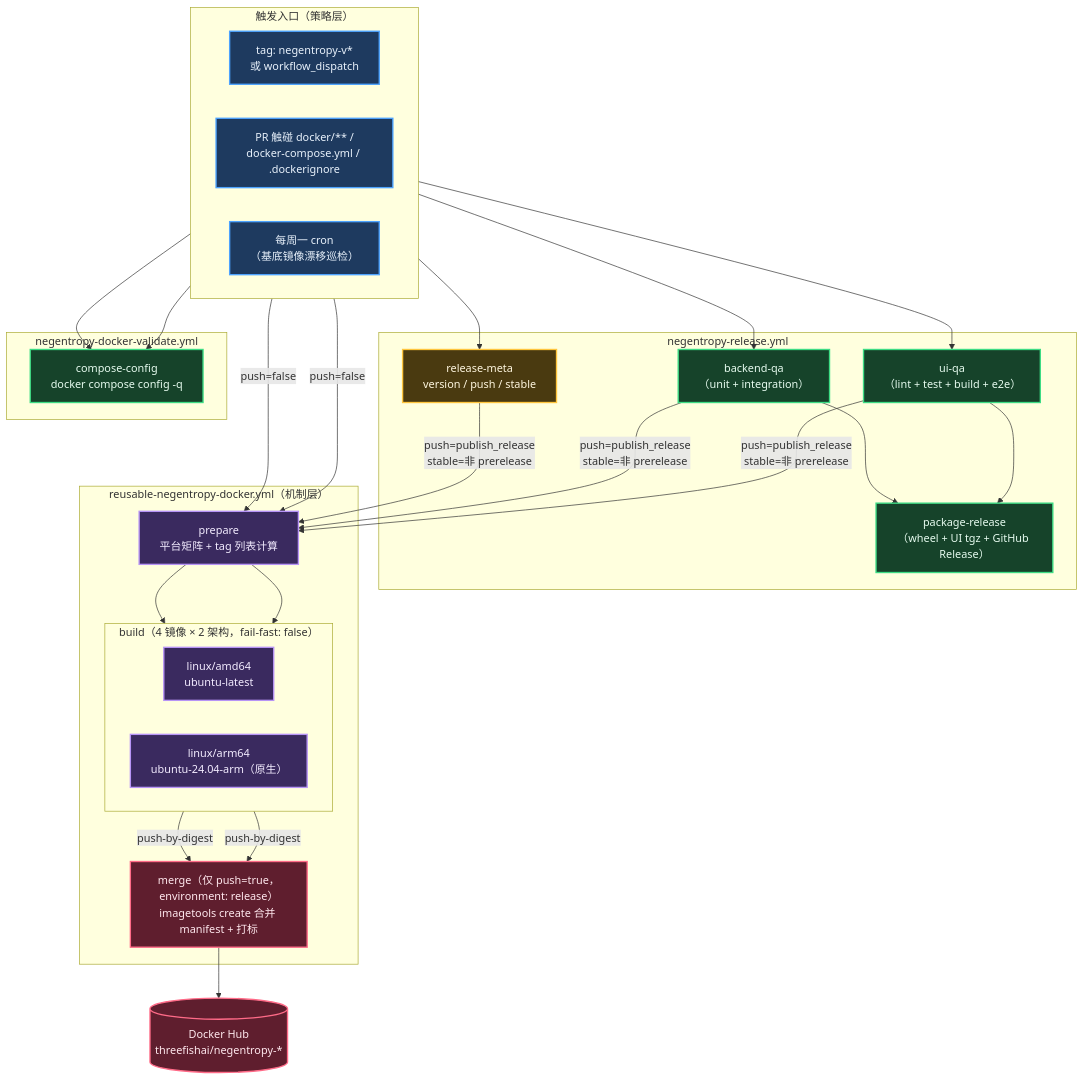
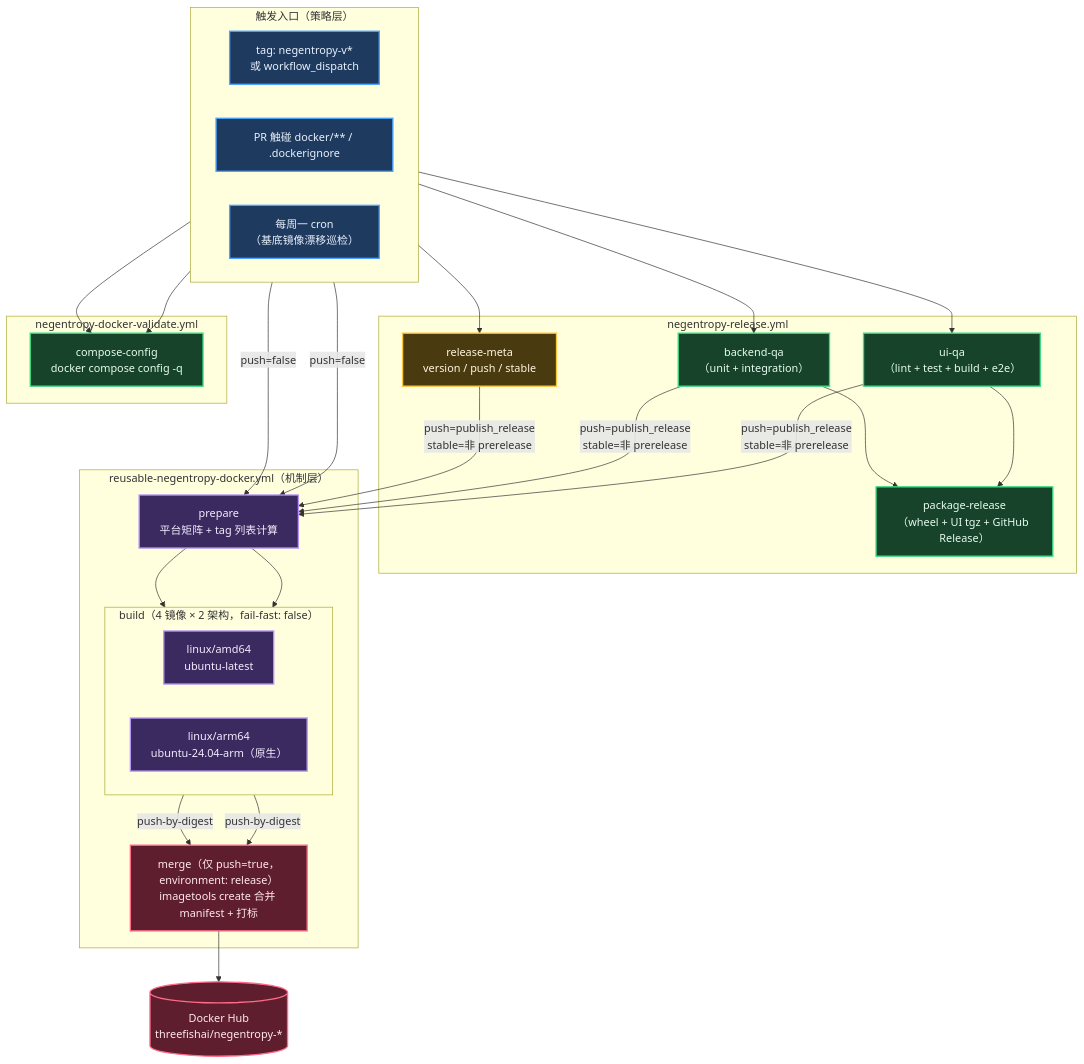
The diagram in docs/concepts/design/docker-release-pipeline.md (ThreeFish-AI/negentropy), drawn with Mermaid before and after one commit. The commit also changed other lines of this file and 14 other files, not shown here.

First line of the commit message:
refactor(repo-layout): dev 脚本与 compose 编排归位 scripts/ 与 docker/ 目录;

````diff
--- a/docs/concepts/design/docker-release-pipeline.md
+++ b/docs/concepts/design/docker-release-pipeline.md
@@ -11,47 +11,47 @@
 ```mermaid
 flowchart TB
     subgraph Triggers["触发入口（策略层）"]
         direction LR
         TAG["tag: negentropy-v*<br/>或 workflow_dispatch"]:::trigger
-        PR["PR 触碰 docker/** /<br/>docker-compose.yml / .dockerignore"]:::trigger
+        PR["PR 触碰 docker/** / .dockerignore"]:::trigger
         CRON["每周一 cron<br/>（基底镜像漂移巡检）"]:::trigger
     end
 
     subgraph Release["negentropy-release.yml"]
         META["release-meta<br/>version / push / stable"]:::meta
         QA1["backend-qa<br/>（unit + integration）"]:::qa
         QA2["ui-qa<br/>（lint + test + build + e2e）"]:::qa
         PKG["package-release<br/>（wheel + UI tgz + GitHub Release）"]:::qa
     end
 
     subgraph Validate["negentropy-docker-validate.yml"]
         LINT["compose-config<br/>docker compose config -q"]:::qa
     end
 
     subgraph Reusable["reusable-negentropy-docker.yml（机制层）"]
         PREP["prepare<br/>平台矩阵 + tag 列表计算"]:::build
         subgraph BuildMatrix["build（4 镜像 × 2 架构，fail-fast: false）"]
             direction LR
             AMD["linux/amd64<br/>ubuntu-latest"]:::build
             ARM["linux/arm64<br/>ubuntu-24.04-arm（原生）"]:::build
         end
         MERGE["merge（仅 push=true，environment: release）<br/>imagetools create 合并 manifest + 打标"]:::publish
     end
 
     HUB[("Docker Hub<br/>threefishai/negentropy-*")]:::publish
 
     TAG --> META & QA1 & QA2
     QA1 & QA2 --> PKG
     META & QA1 & QA2 -->|"push=publish_release<br/>stable=非 prerelease"| PREP
     PR & CRON --> LINT
     PR & CRON -->|"push=false"| PREP
     PREP --> AMD & ARM
     AMD & ARM -->|"push-by-digest"| MERGE
     MERGE --> HUB
 
     classDef trigger fill:#1e3a5f,stroke:#4da3ff,stroke-width:2px,color:#e8f1fb
     classDef meta fill:#4a3a10,stroke:#ffc53d,stroke-width:2px,color:#fff7e0
     classDef qa fill:#16432a,stroke:#3ddc84,stroke-width:2px,color:#e6fbef
     classDef build fill:#3a2a5f,stroke:#b794f6,stroke-width:2px,color:#f3ecff
     classDef publish fill:#5f1e2e,stroke:#ff6b88,stroke-width:2px,color:#ffe8ee
 ```
````
